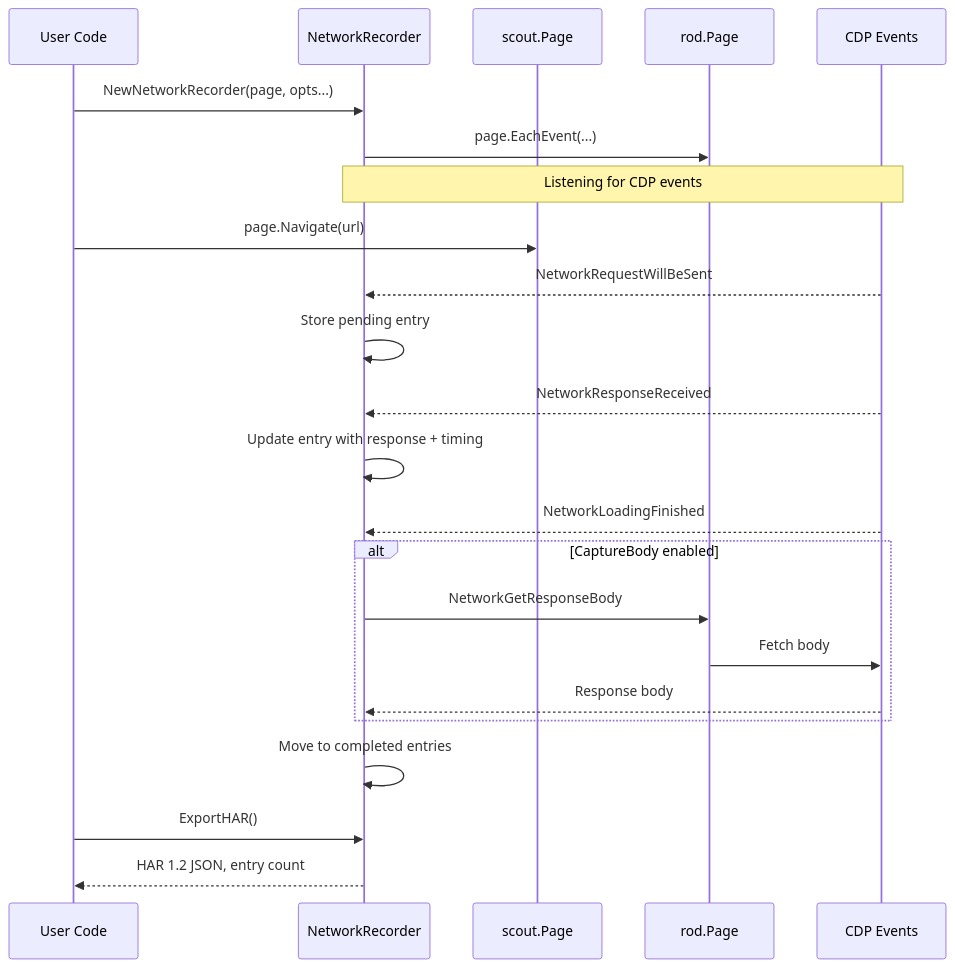
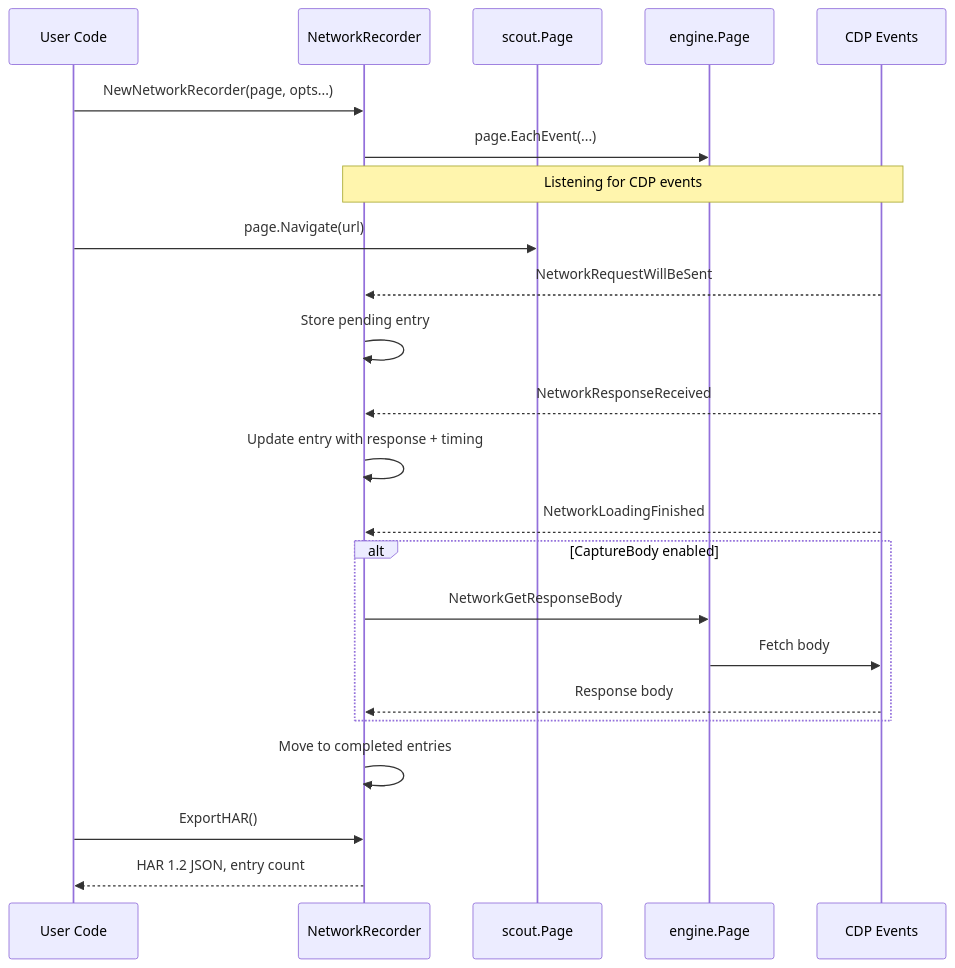
One commit to inovacc/scout changed the third of 8 diagrams in docs/ARCHITECTURE.md. Above: the diagram before and after it, drawn with Mermaid. The commit also changed other lines of this file and 16 other files, not shown here.

````diff
--- a/docs/ARCHITECTURE.md
+++ b/docs/ARCHITECTURE.md
@@ -153,30 +211,30 @@
 ```mermaid
 sequenceDiagram
     participant User as User Code
     participant Rec as NetworkRecorder
     participant Page as scout.Page
-    participant Rod as rod.Page
+    participant Engine as engine.Page
     participant Chrome as CDP Events
 
     User->>Rec: NewNetworkRecorder(page, opts...)
-    Rec->>Rod: page.EachEvent(...)
+    Rec->>Engine: page.EachEvent(...)
     Note over Rec,Chrome: Listening for CDP events
 
     User->>Page: page.Navigate(url)
     Chrome-->>Rec: NetworkRequestWillBeSent
     Rec->>Rec: Store pending entry
 
     Chrome-->>Rec: NetworkResponseReceived
     Rec->>Rec: Update entry with response + timing
 
     Chrome-->>Rec: NetworkLoadingFinished
     alt CaptureBody enabled
-        Rec->>Rod: NetworkGetResponseBody
-        Rod->>Chrome: Fetch body
+        Rec->>Engine: NetworkGetResponseBody
+        Engine->>Chrome: Fetch body
         Chrome-->>Rec: Response body
     end
     Rec->>Rec: Move to completed entries
 
     User->>Rec: ExportHAR()
     Rec-->>User: HAR 1.2 JSON, entry count
 ```
````
